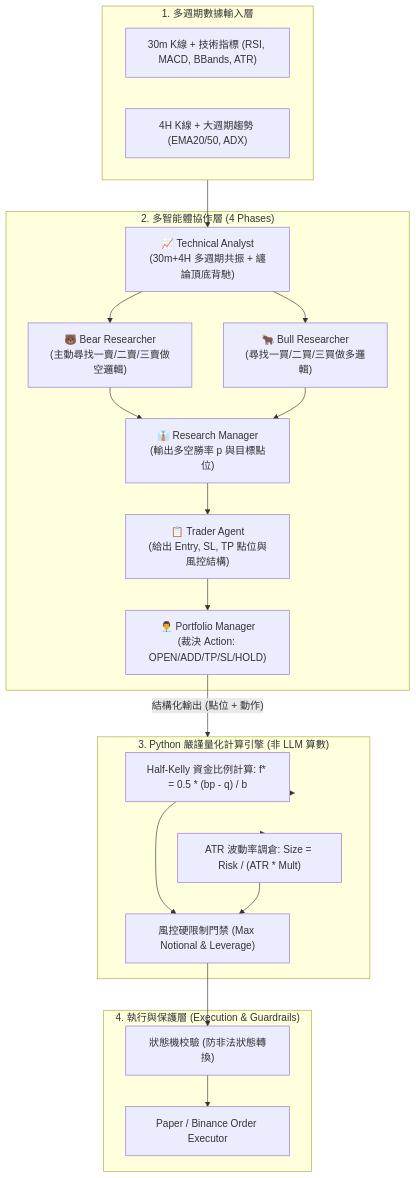
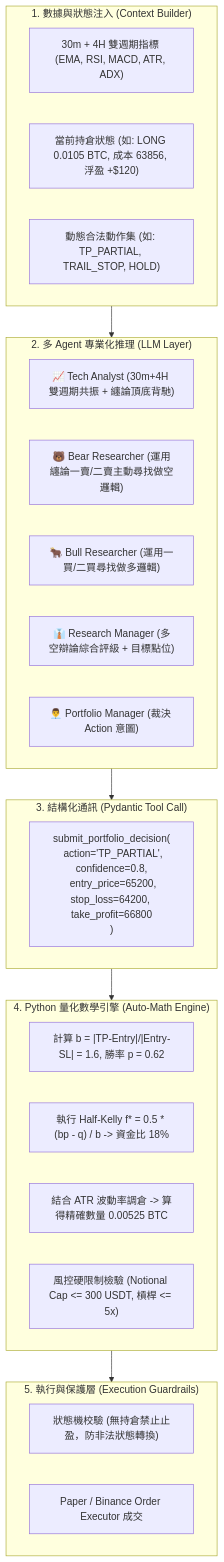
One commit to dimx9173/vibe-trading-encyc changed the second of 2 diagrams in docs/research/vbt-architecture-strategy-improvement-plan.md. Above: the diagram before and after it, drawn with Mermaid. The commit also changed other lines of this file, not shown here.

````diff
--- a/docs/research/vbt-architecture-strategy-improvement-plan.md
+++ b/docs/research/vbt-architecture-strategy-improvement-plan.md
@@ -48,32 +50,34 @@
 ```mermaid
 flowchart TD
-    subgraph Data_Layer ["1. 多週期數據輸入層"]
-        K30["30m K線 + 技術指標 (RSI, MACD, BBands, ATR)"]
-        K4H["4H K線 + 大週期趨勢 (EMA20/50, ADX)"]
+    subgraph S1 ["1. 數據與狀態注入 (Context Builder)"]
+        D1["30m + 4H 雙週期指標 (EMA, RSI, MACD, ATR, ADX)"]
+        D2["當前持倉狀態 (如: LONG 0.0105 BTC, 成本 63856, 浮盈 +$120)"]
+        D3["動態合法動作集 (如: TP_PARTIAL, TRAIL_STOP, HOLD)"]
     end
 
-    subgraph Agent_Layer ["2. 多智能體協作層 (4 Phases)"]
-        Tech["📈 Technical Analyst<br/>(30m+4H 多週期共振 + 纏論頂底背馳)"]
-        Bear["🐻 Bear Researcher<br/>(主動尋找一賣/二賣/三賣做空邏輯)"]
-        Bull["🐂 Bull Researcher<br/>(尋找一買/二買/三買做多邏輯)"]
-        RM["👔 Research Manager<br/>(輸出多空勝率 p 與目標點位)"]
-        Trader["📋 Trader Agent<br/>(給出 Entry, SL, TP 點位與風控結構)"]
-        PM["👨‍💼 Portfolio Manager<br/>(裁決 Action: OPEN/ADD/TP/SL/HOLD)"]
+    subgraph S2 ["2. 多 Agent 專業化推理 (LLM Layer)"]
+        Tech["📈 Tech Analyst (30m+4H 雙週期共振 + 纏論頂底背馳)"]
+        Bear["🐻 Bear Researcher (運用纏論一賣/二賣主動尋找做空邏輯)"]
+        Bull["🐂 Bull Researcher (運用一買/二買尋找做多邏輯)"]
+        RM["👔 Research Manager (多空辯論綜合評級 + 目標點位)"]
+        PM["👨‍💼 Portfolio Manager (裁決 Action 意圖)"]
     end
 
-    subgraph Math_Engine ["3. Python 嚴謹量化計算引擎 (非 LLM 算數)"]
-        Kelly["Half-Kelly 資金比例計算: f* = 0.5 * (bp - q) / b"]
-        ATRSizing["ATR 波動率調倉: Size = Risk / (ATR * Mult)"]
-        HardCap["風控硬限制門禁 (Max Notional & Leverage)"]
+    subgraph S3 ["3. 結構化通訊 (Pydantic Tool Call)"]
+        TC["submit_portfolio_decision(<br/>  action='TP_PARTIAL', confidence=0.8,<br/>  entry_price=65200, stop_loss=64200, take_profit=66800<br/>)"]
     end
 
-    subgraph Exec_Layer ["4. 執行與保護層 (Execution & Guardrails)"]
-        StateGuard["狀態機校驗 (防非法狀態轉換)"]
-        Executor["Paper / Binance Order Executor"]
+    subgraph S4 ["4. Python 量化數學引擎 (Auto-Math Engine)"]
+        M1["計算 b = |TP-Entry|/|Entry-SL| = 1.6, 勝率 p = 0.62"]
+        M2["執行 Half-Kelly f* = 0.5 * (bp - q) / b -> 資金比 18%"]
+        M3["結合 ATR 波動率調倉 -> 算得精確數量 0.00525 BTC"]
+        M4["風控硬限制檢驗 (Notional Cap <= 300 USDT, 槓桿 <= 5x)"]
     end
 
-    Data_Layer --> Tech
-    Tech --> Bear & Bull --> RM --> Trader --> PM
-    PM -->|"結構化輸出 (點位 + 動作)"| Math_Engine
-    Math_Engine --> Kelly & ATRSizing --> HardCap --> StateGuard --> Executor
+    subgraph S5 ["5. 執行與保護層 (Execution Guardrails)"]
+        G1["狀態機校驗 (無持倉禁止止盈，防非法狀態轉換)"]
+        EX["Paper / Binance Order Executor 成交"]
+    end
+
+    S1 --> S2 --> S3 --> S4 --> S5
 ```
````
